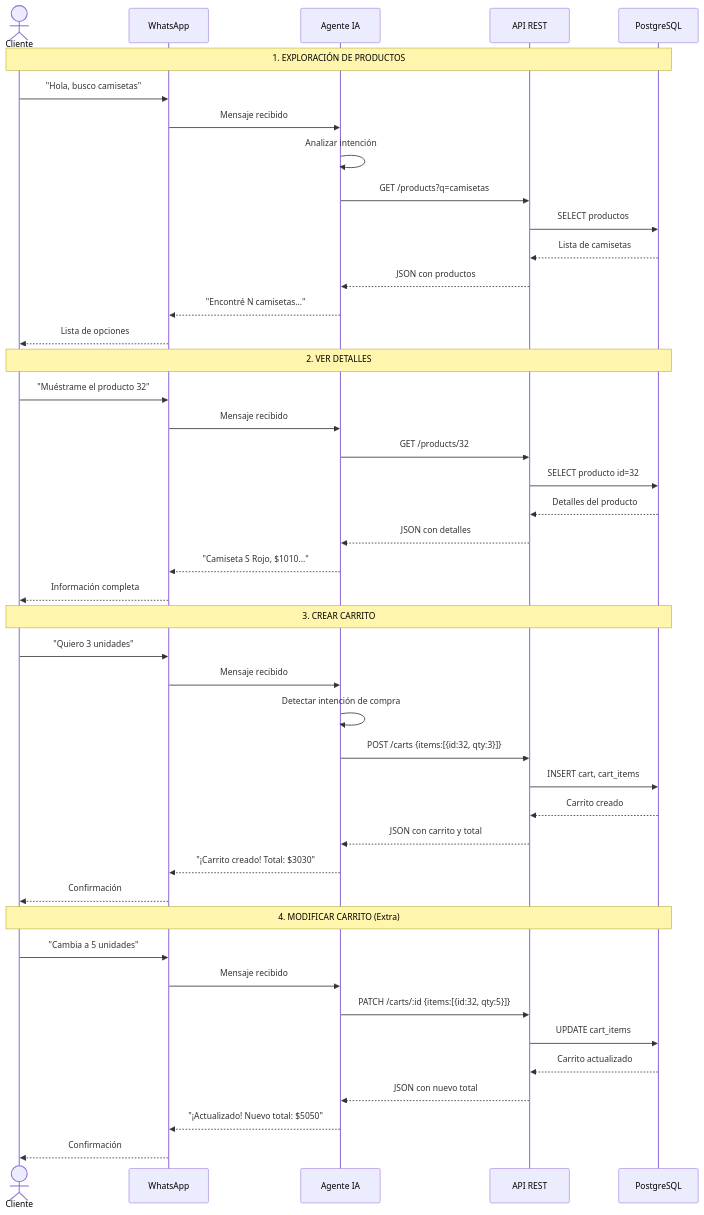
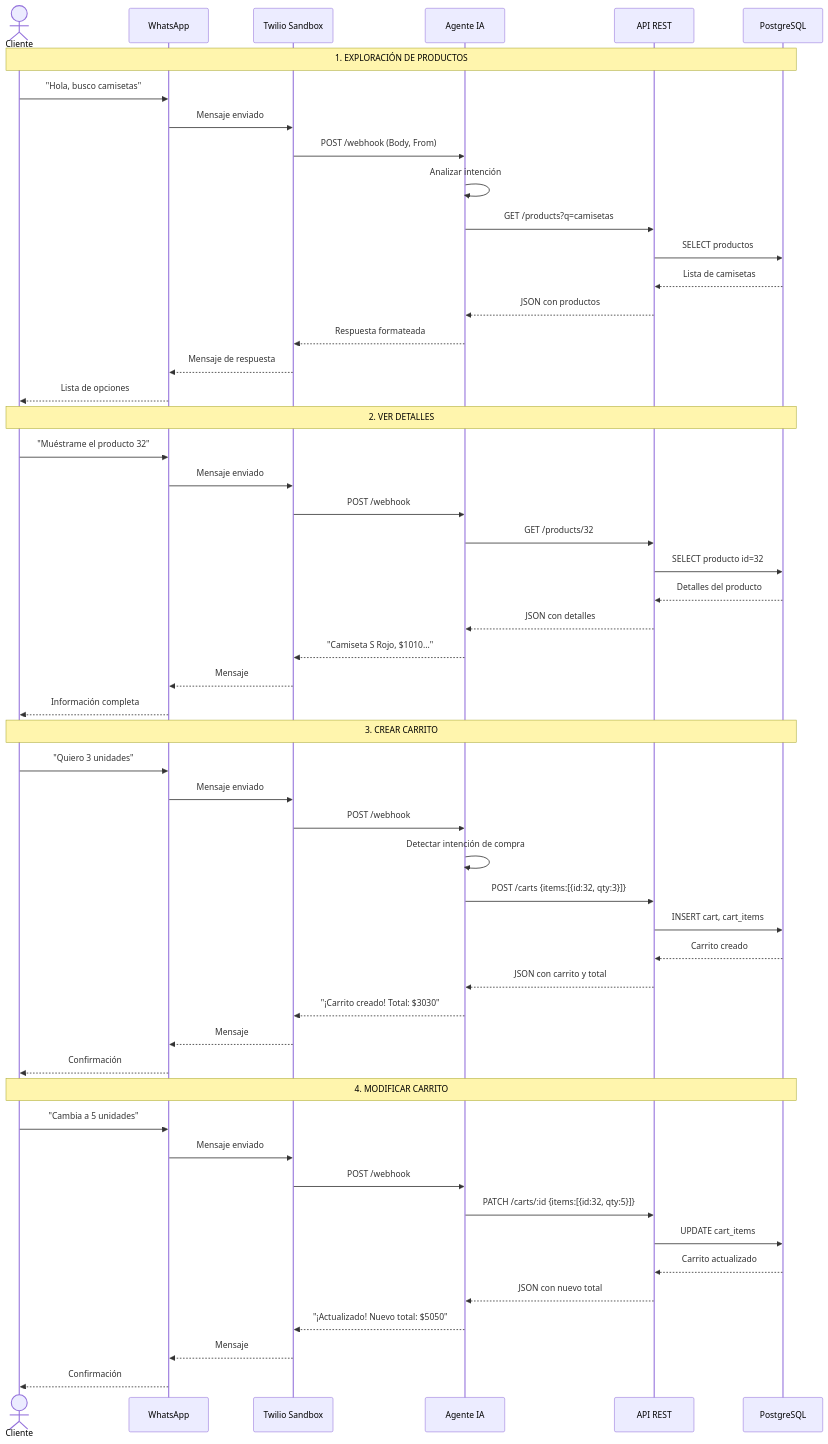
The first of 3 diagrams in docs/flow-diagram.md (valentinvera/desafio-tecnico-laburen), drawn with Mermaid before and after one commit. The commit also changed 2 other files, not shown here.

Commit message:
docs: update documentation for Twilio, Gemini 2.5 and Prisma v7

````diff
--- a/docs/flow-diagram.md
+++ b/docs/flow-diagram.md
@@ -5,54 +5,63 @@
 ```mermaid
 sequenceDiagram
     actor Cliente
     participant WA as WhatsApp
+    participant TW as Twilio Sandbox
     participant Agent as Agente IA
     participant API as API REST
     participant DB as PostgreSQL
 
     Note over Cliente,DB: 1. EXPLORACIÓN DE PRODUCTOS
     
     Cliente->>WA: "Hola, busco camisetas"
-    WA->>Agent: Mensaje recibido
+    WA->>TW: Mensaje enviado
+    TW->>Agent: POST /webhook (Body, From)
     Agent->>Agent: Analizar intención
     Agent->>API: GET /products?q=camisetas
     API->>DB: SELECT productos
     DB-->>API: Lista de camisetas
     API-->>Agent: JSON con productos
-    Agent-->>WA: "Encontré N camisetas..."
+    Agent-->>TW: Respuesta formateada
+    TW-->>WA: Mensaje de respuesta
     WA-->>Cliente: Lista de opciones
 
     Note over Cliente,DB: 2. VER DETALLES
     
     Cliente->>WA: "Muéstrame el producto 32"
-    WA->>Agent: Mensaje recibido
+    WA->>TW: Mensaje enviado
+    TW->>Agent: POST /webhook
     Agent->>API: GET /products/32
     API->>DB: SELECT producto id=32
     DB-->>API: Detalles del producto
     API-->>Agent: JSON con detalles
-    Agent-->>WA: "Camiseta S Rojo, $1010..."
+    Agent-->>TW: "Camiseta S Rojo, $1010..."
+    TW-->>WA: Mensaje
     WA-->>Cliente: Información completa
 
     Note over Cliente,DB: 3. CREAR CARRITO
     
     Cliente->>WA: "Quiero 3 unidades"
-    WA->>Agent: Mensaje recibido
+    WA->>TW: Mensaje enviado
+    TW->>Agent: POST /webhook
     Agent->>Agent: Detectar intención de compra
     Agent->>API: POST /carts {items:[{id:32, qty:3}]}
     API->>DB: INSERT cart, cart_items
     DB-->>API: Carrito creado
     API-->>Agent: JSON con carrito y total
-    Agent-->>WA: "¡Carrito creado! Total: $3030"
+    Agent-->>TW: "¡Carrito creado! Total: $3030"
+    TW-->>WA: Mensaje
     WA-->>Cliente: Confirmación
 
-    Note over Cliente,DB: 4. MODIFICAR CARRITO (Extra)
+    Note over Cliente,DB: 4. MODIFICAR CARRITO
     
     Cliente->>WA: "Cambia a 5 unidades"
-    WA->>Agent: Mensaje recibido
+    WA->>TW: Mensaje enviado
+    TW->>Agent: POST /webhook
     Agent->>API: PATCH /carts/:id {items:[{id:32, qty:5}]}
     API->>DB: UPDATE cart_items
     DB-->>API: Carrito actualizado
     API-->>Agent: JSON con nuevo total
-    Agent-->>WA: "¡Actualizado! Nuevo total: $5050"
+    Agent-->>TW: "¡Actualizado! Nuevo total: $5050"
+    TW-->>WA: Mensaje
     WA-->>Cliente: Confirmación
 ```
````
